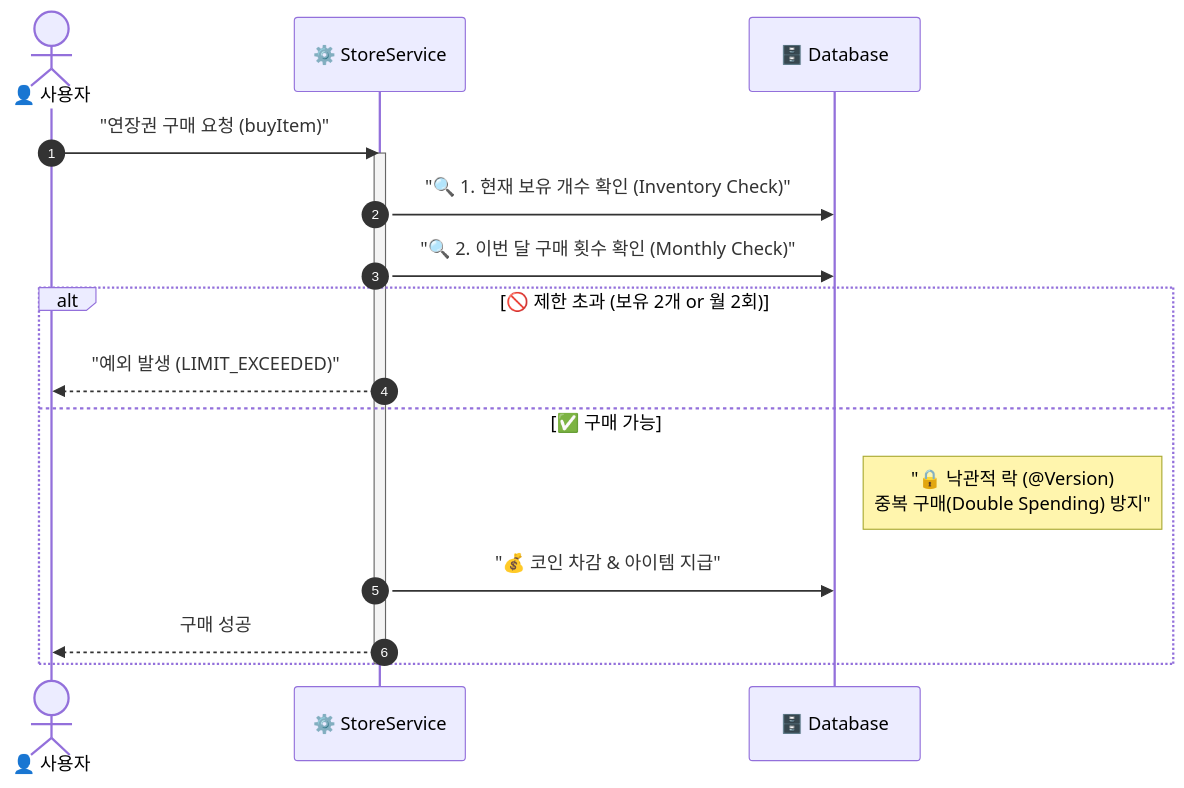
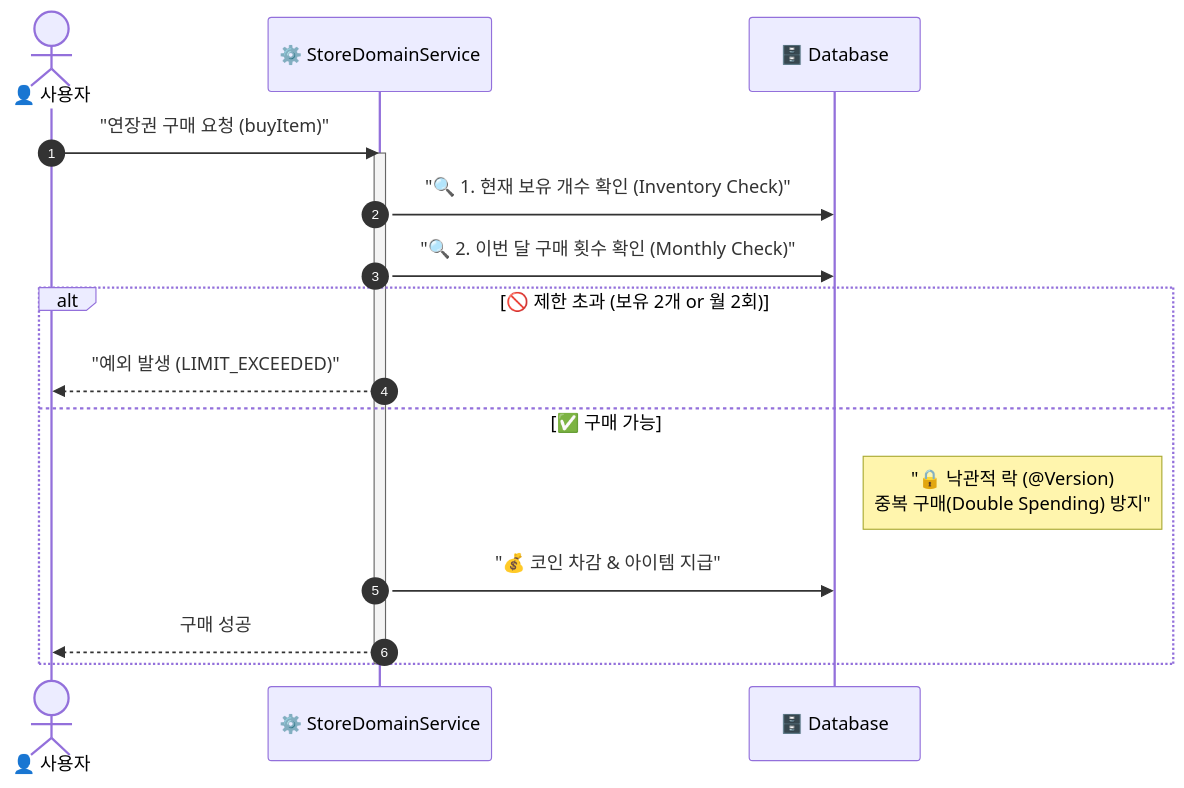
Before and after one commit to farmer0010/ft_transcendence: the seventh of 9 diagrams in backend/README.md, drawn with Mermaid. The commit also changed other lines of this file and 48 other files, not shown here.

First line of the commit message:
refactor: migrate to Hexagonal Architecture (Ports & Adapters)

````diff
--- a/backend/README.md
+++ b/backend/README.md
@@ -499,22 +548,22 @@
 ```mermaid
 sequenceDiagram
     autonumber
     actor User as 👤 사용자
-    participant Service as ⚙️ StoreService
+    participant Service as ⚙️ StoreDomainService
     participant DB as 🗄️ Database
 
     User->>Service: "연장권 구매 요청 (buyItem)"
     activate Service
     
     Service->>DB: "🔍 1. 현재 보유 개수 확인 (Inventory Check)"
     Service->>DB: "🔍 2. 이번 달 구매 횟수 확인 (Monthly Check)"
     
     alt 🚫 제한 초과 (보유 2개 or 월 2회)
         Service-->>User: "예외 발생 (LIMIT_EXCEEDED)"
     else ✅ 구매 가능
         Note right of DB: "🔒 낙관적 락 (@Version)<br/>중복 구매(Double Spending) 방지"
         Service->>DB: "💰 코인 차감 & 아이템 지급"
         Service-->>User: 구매 성공
     end
     deactivate Service
 ```
````
